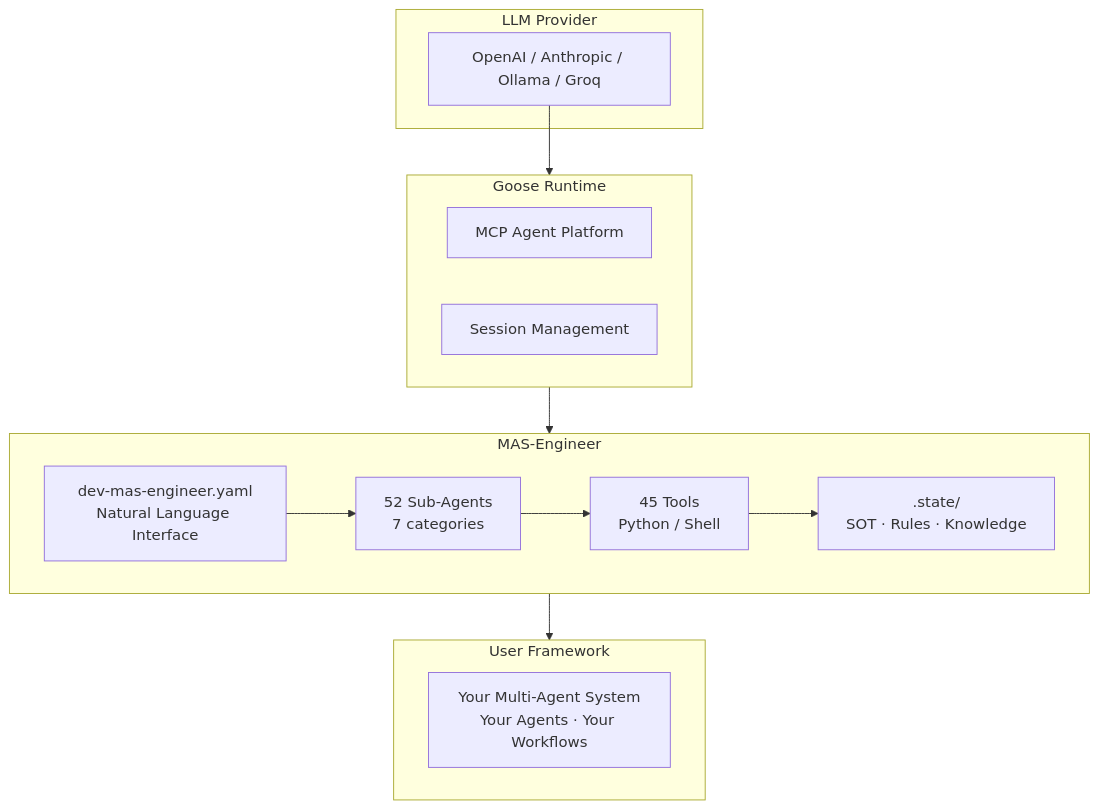
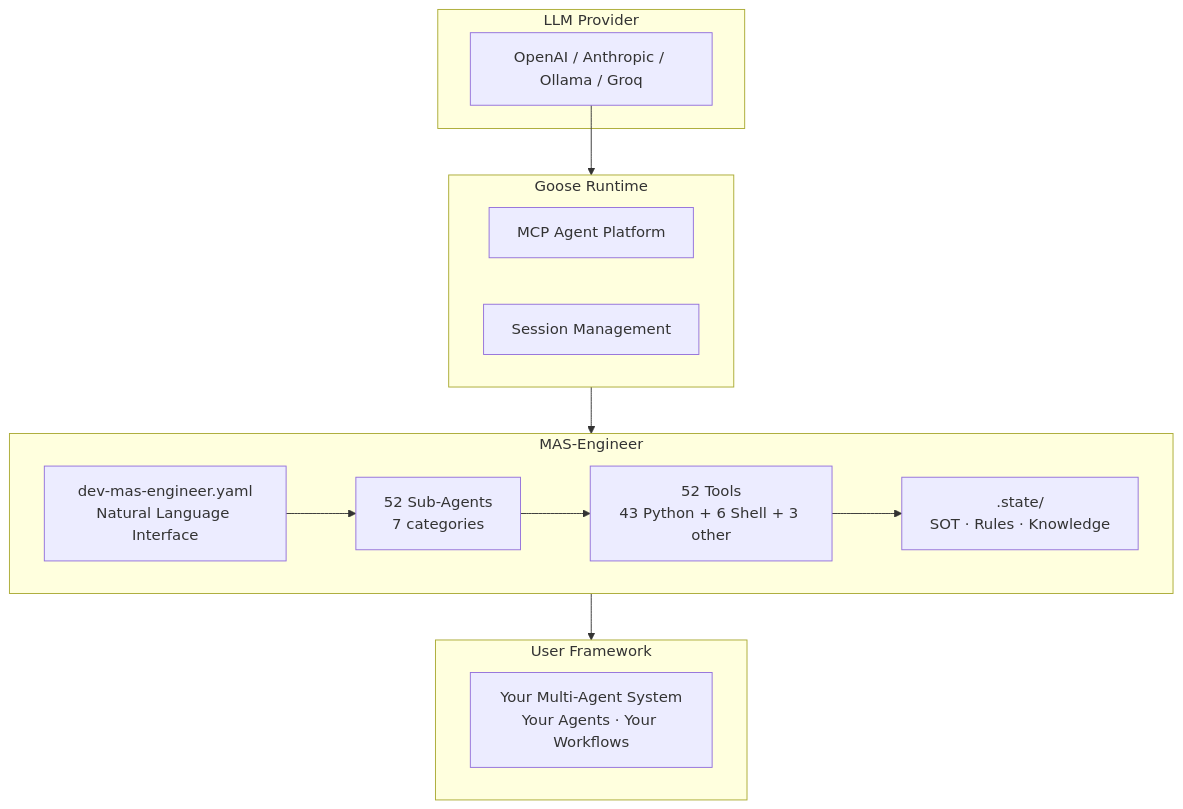
Before and after one commit to mczardybon/mas-engineer: the first of 5 diagrams in docs/architecture.md, drawn with Mermaid. The commit also changed other lines of this file and 13 other files, not shown here.

````diff
--- a/docs/architecture.md
+++ b/docs/architecture.md
@@ -5,26 +5,26 @@
 ```mermaid
 flowchart TB
     subgraph LLM["LLM Provider"]
         L1["OpenAI / Anthropic / Ollama / Groq"]
     end
     subgraph GOOSE["Goose Runtime"]
         G1["MCP Agent Platform"]
         G2["Session Management"]
     end
     subgraph ENGINEER["MAS-Engineer"]
         E1["dev-mas-engineer.yaml\nNatural Language Interface"]
         E2["52 Sub-Agents\n7 categories"]
-        E3["45 Tools\nPython / Shell"]
+        E3["52 Tools\n43 Python + 6 Shell + 3 other"]
         E4[".state/\nSOT · Rules · Knowledge"]
     end
     subgraph USER["User Framework"]
         U1["Your Multi-Agent System\nYour Agents · Your Workflows"]
     end
 
     L1 --> GOOSE
     GOOSE --> ENGINEER
     ENGINEER --> USER
     E1 --> E2
     E2 --> E3
     E3 --> E4
 ```
````
